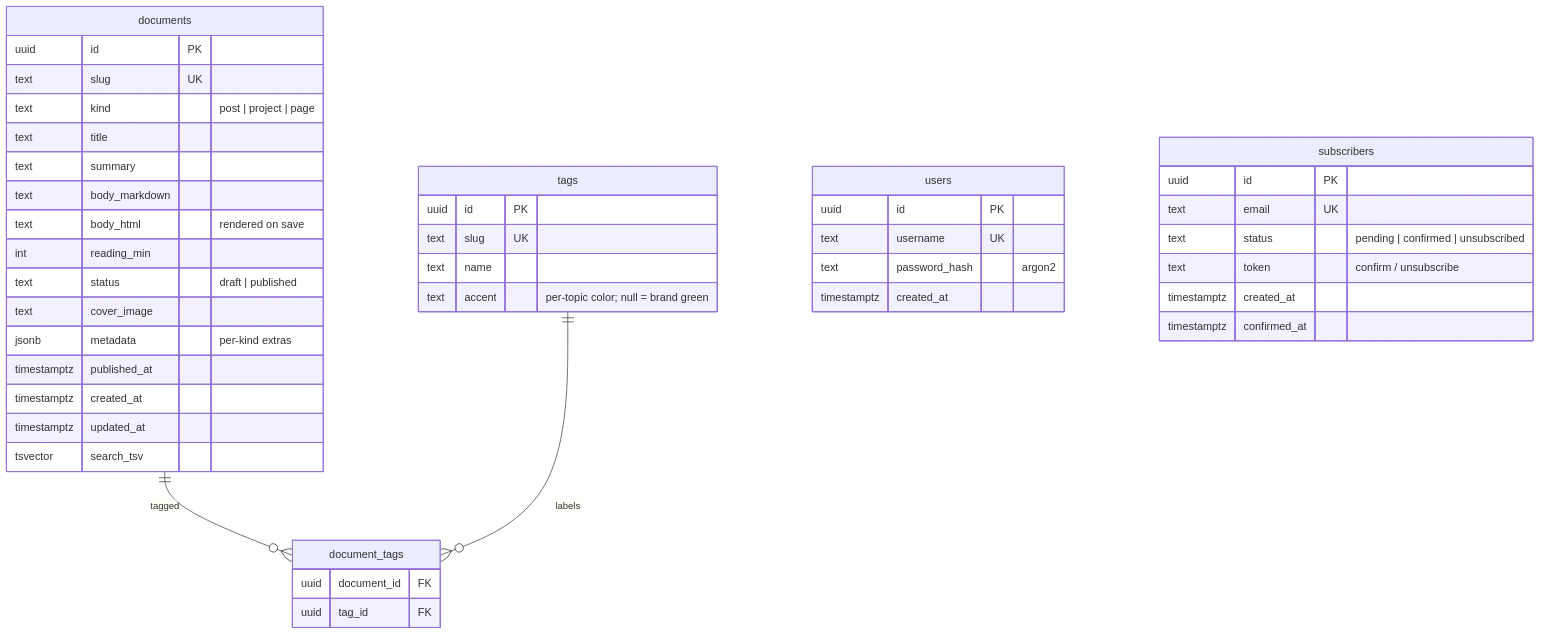
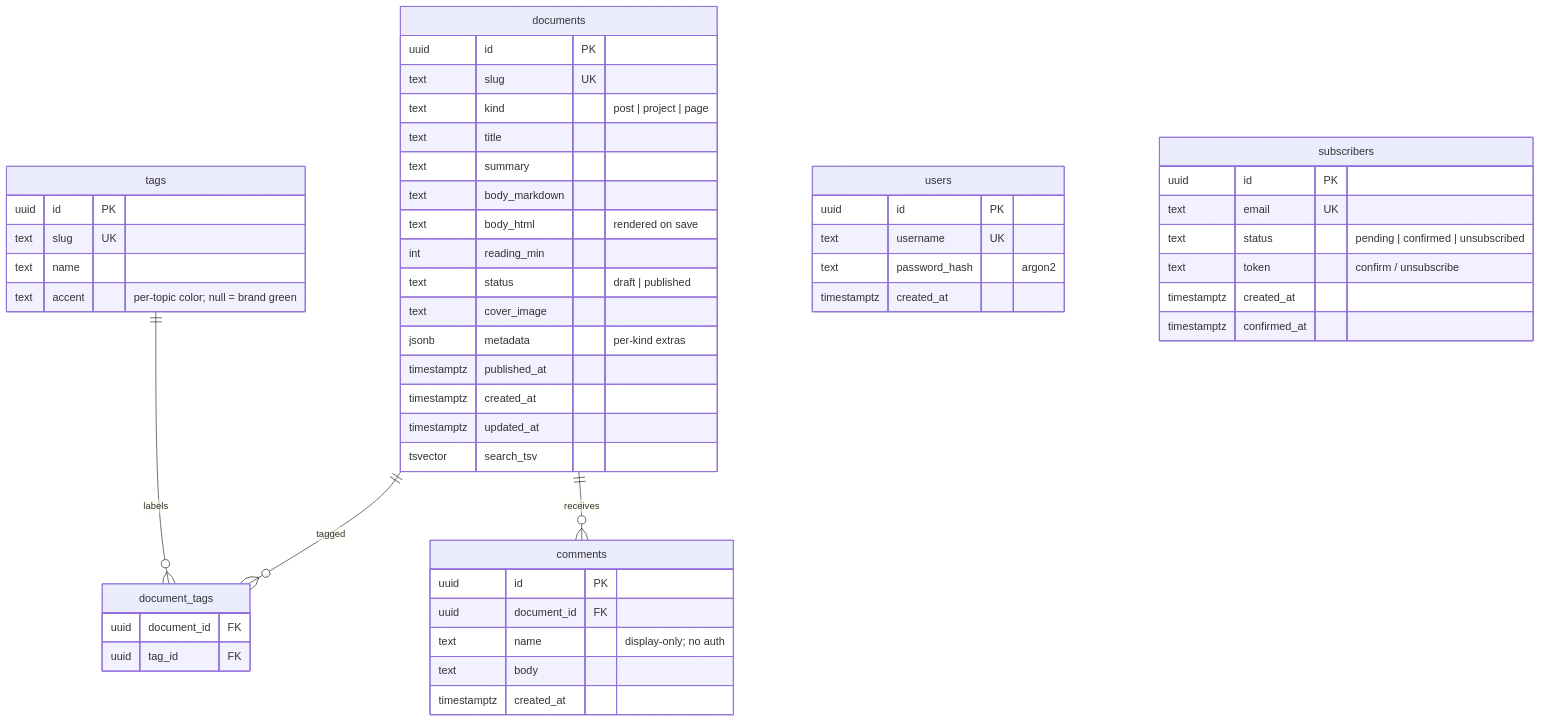
One commit to genuinebnt/genuine.dev changed the fifth of 5 diagrams in docs/ARCHITECTURE.md. Above: the diagram before and after it, drawn with Mermaid. The commit also changed other lines of this file and 49 other files, not shown here.

````diff
--- a/docs/ARCHITECTURE.md
+++ b/docs/ARCHITECTURE.md
@@ -122,47 +126,55 @@
 ```mermaid
 erDiagram
     documents ||--o{ document_tags : "tagged"
     tags ||--o{ document_tags : "labels"
+    documents ||--o{ comments : "receives"
 
     documents {
         uuid id PK
         text slug UK
         text kind "post | project | page"
         text title
         text summary
         text body_markdown
         text body_html "rendered on save"
         int reading_min
         text status "draft | published"
         text cover_image
         jsonb metadata "per-kind extras"
         timestamptz published_at
         timestamptz created_at
         timestamptz updated_at
         tsvector search_tsv
     }
     tags {
         uuid id PK
         text slug UK
         text name
         text accent "per-topic color; null = brand green"
     }
     document_tags {
         uuid document_id FK
         uuid tag_id FK
     }
     users {
         uuid id PK
         text username UK
         text password_hash "argon2"
         timestamptz created_at
     }
     subscribers {
         uuid id PK
         text email UK
         text status "pending | confirmed | unsubscribed"
         text token "confirm / unsubscribe"
         timestamptz created_at
         timestamptz confirmed_at
     }
+    comments {
+        uuid id PK
+        uuid document_id FK
+        text name "display-only; no auth"
+        text body
+        timestamptz created_at
+    }
 ```
````
